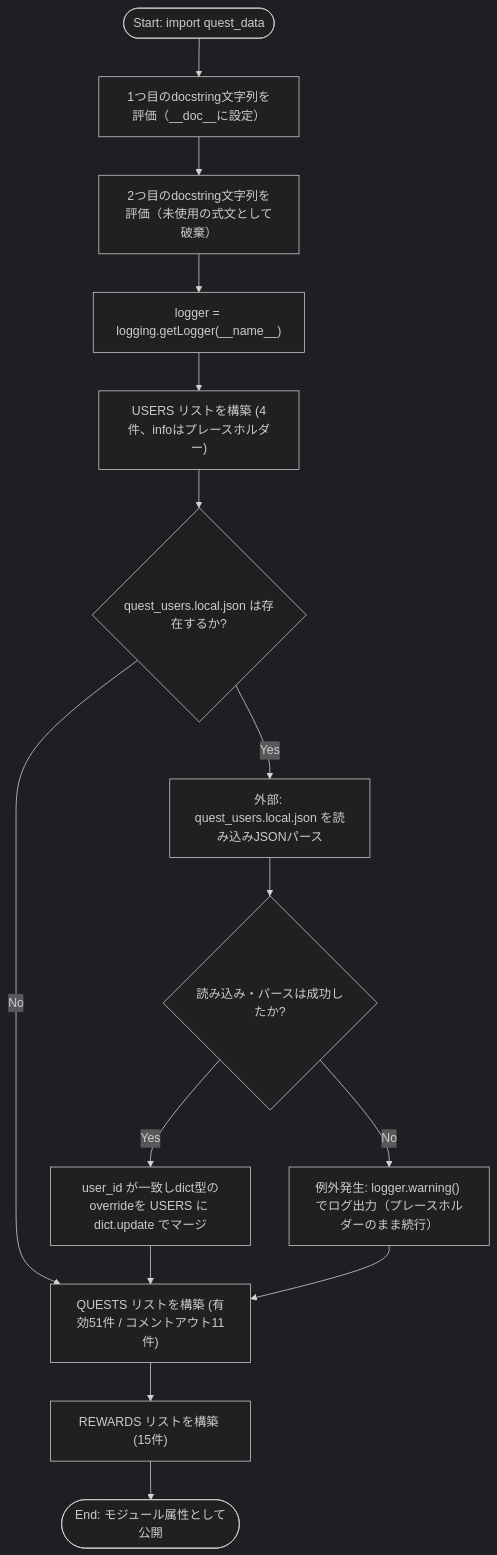
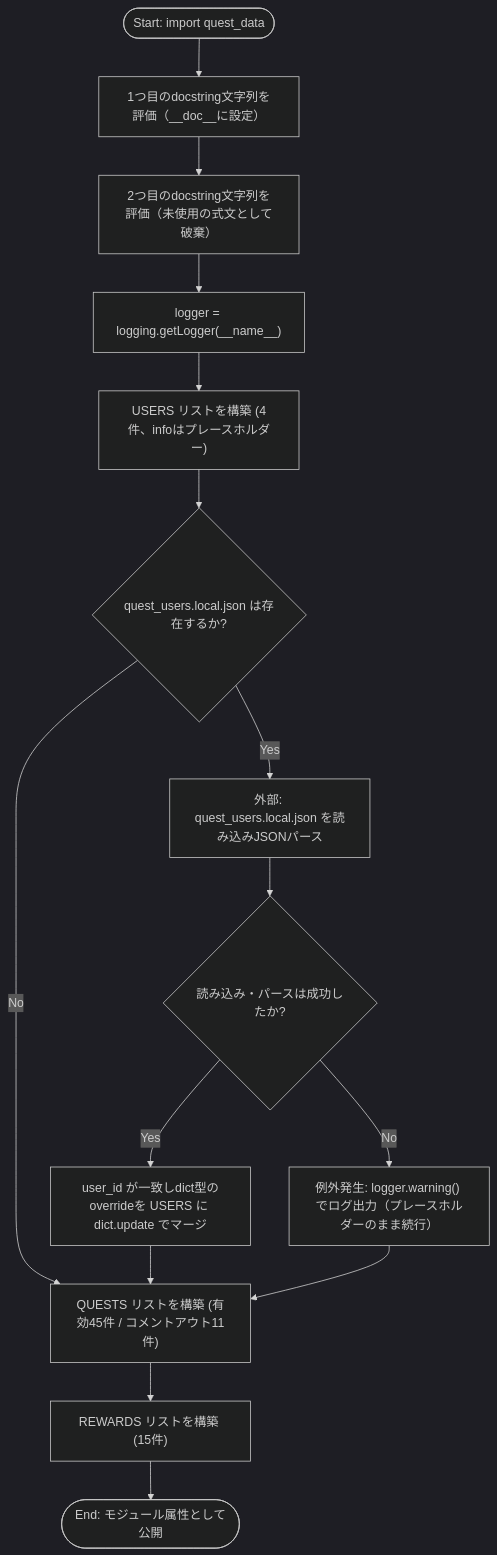
The first of 2 diagrams in docs/specifications/MY_HOME_SYSTEM/quest_data.md (mmtigers/my_python_project), drawn with Mermaid (dark theme) before and after one commit. The commit also changed other lines of this file and 1 other file, not shown here.

````diff
--- a/docs/specifications/MY_HOME_SYSTEM/quest_data.md
+++ b/docs/specifications/MY_HOME_SYSTEM/quest_data.md
@@ -197,17 +197,17 @@
 ```mermaid
 flowchart TD
     Start(["Start: import quest_data"]) --> Doc1["1つ目のdocstring文字列を評価（__doc__に設定）"]
     Doc1 --> Doc2["2つ目のdocstring文字列を評価（未使用の式文として破棄）"]
     Doc2 --> InitLogger["logger = logging.getLogger(__name__)"]
     InitLogger --> BuildUsers["USERS リストを構築 (4件、infoはプレースホルダー)"]
     BuildUsers --> CheckLocal{"quest_users.local.json は存在するか?"}
-    CheckLocal -- No --> BuildQuests["QUESTS リストを構築 (有効51件 / コメントアウト11件)"]
+    CheckLocal -- No --> BuildQuests["QUESTS リストを構築 (有効45件 / コメントアウト11件)"]
     CheckLocal -- Yes --> LoadLocal["外部: quest_users.local.json を読み込みJSONパース"]
     LoadLocal --> MergeCheck{"読み込み・パースは成功したか?"}
     MergeCheck -- Yes --> MergeUsers["user_id が一致しdict型のoverrideを USERS に dict.update でマージ"]
     MergeCheck -- No --> LogWarn["例外発生: logger.warning() でログ出力（プレースホルダーのまま続行）"]
     MergeUsers --> BuildQuests
     LogWarn --> BuildQuests
     BuildQuests --> BuildRewards["REWARDS リストを構築 (15件)"]
     BuildRewards --> End(["End: モジュール属性として公開"])
 ```
````
